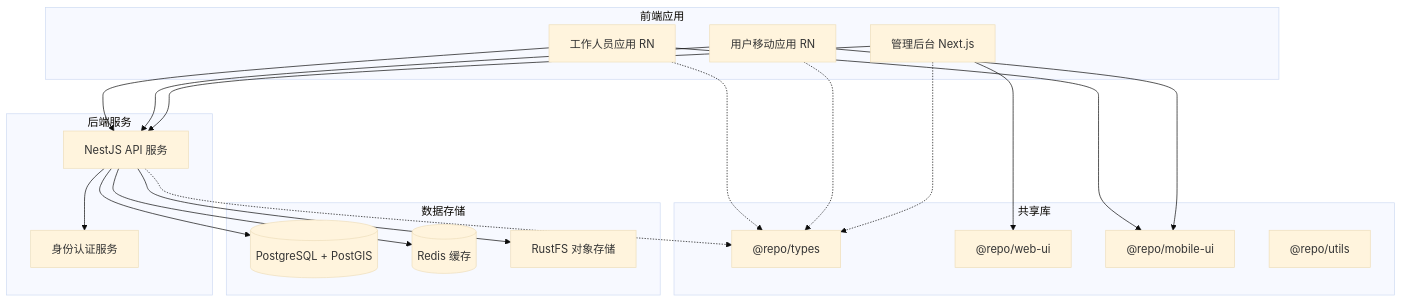
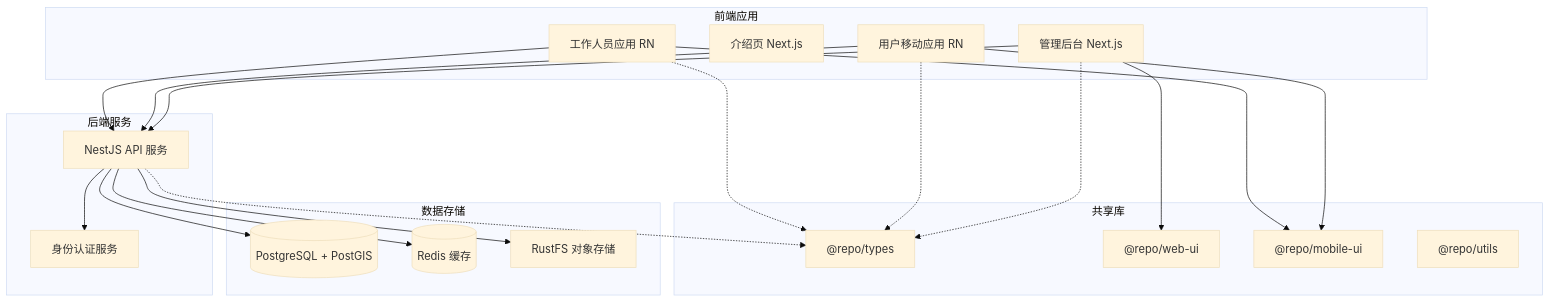
One commit to jihaobin/home_server changed the diagram in README.md. Above: the diagram before and after it, drawn with Mermaid (base theme). The commit also changed other lines of this file and 6 other files, not shown here.

````diff
--- a/README.md
+++ b/README.md
@@ -46,42 +47,43 @@
 ```mermaid
 graph TB
     subgraph "前端应用"
         A[管理后台 Next.js]
-        B[用户移动应用 RN]
-        C[工作人员应用 RN]
+        B[介绍页 Next.js]
+        C[用户移动应用 RN]
+        D[工作人员应用 RN]
     end
 
     subgraph "后端服务"
-        D[NestJS API 服务]
-        E[身份认证服务]
+        E[NestJS API 服务]
+        F[身份认证服务]
     end
 
     subgraph "数据存储"
-        F[(PostgreSQL + PostGIS)]
-        G[(Redis 缓存)]
-        H[RustFS 对象存储]
+        G[(PostgreSQL + PostGIS)]
+        H[(Redis 缓存)]
+        I[RustFS 对象存储]
     end
 
     subgraph "共享库"
-        I["@repo/types"]
-        J["@repo/web-ui"]
-        K["@repo/mobile-ui"]
-        L["@repo/utils"]
+        J["@repo/types"]
+        K["@repo/web-ui"]
+        L["@repo/mobile-ui"]
+        M["@repo/utils"]
     end
 
-    A --> D
-    B --> D
-    C --> D
-    D --> F
-    D --> G
-    D --> H
+    A --> E
+    C --> E
     D --> E
+    E --> G
+    E --> H
+    E --> I
+    E --> F
 
-    A --> J
-    B --> K
-    C --> K
-    A -.-> I
-    B -.-> I
-    C -.-> I
-    D -.-> I
+    A --> K
+    C --> L
+    D --> L
+    A -.-> J
+    C -.-> J
+    D -.-> J
+    E -.-> J
 ```
````
